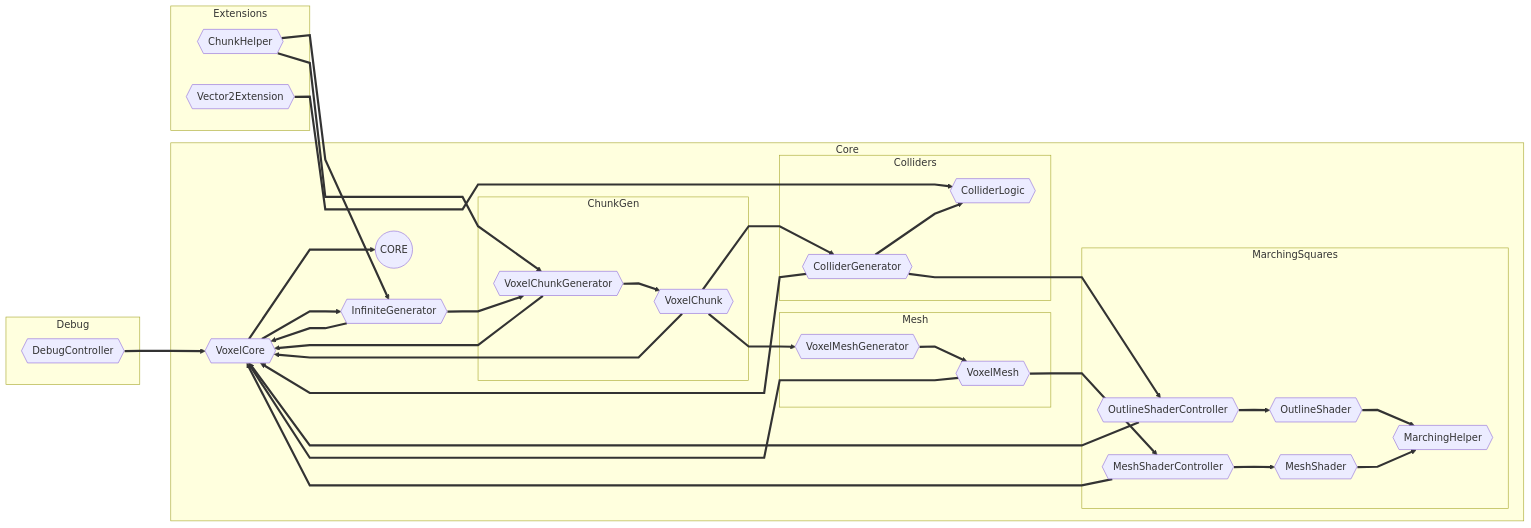
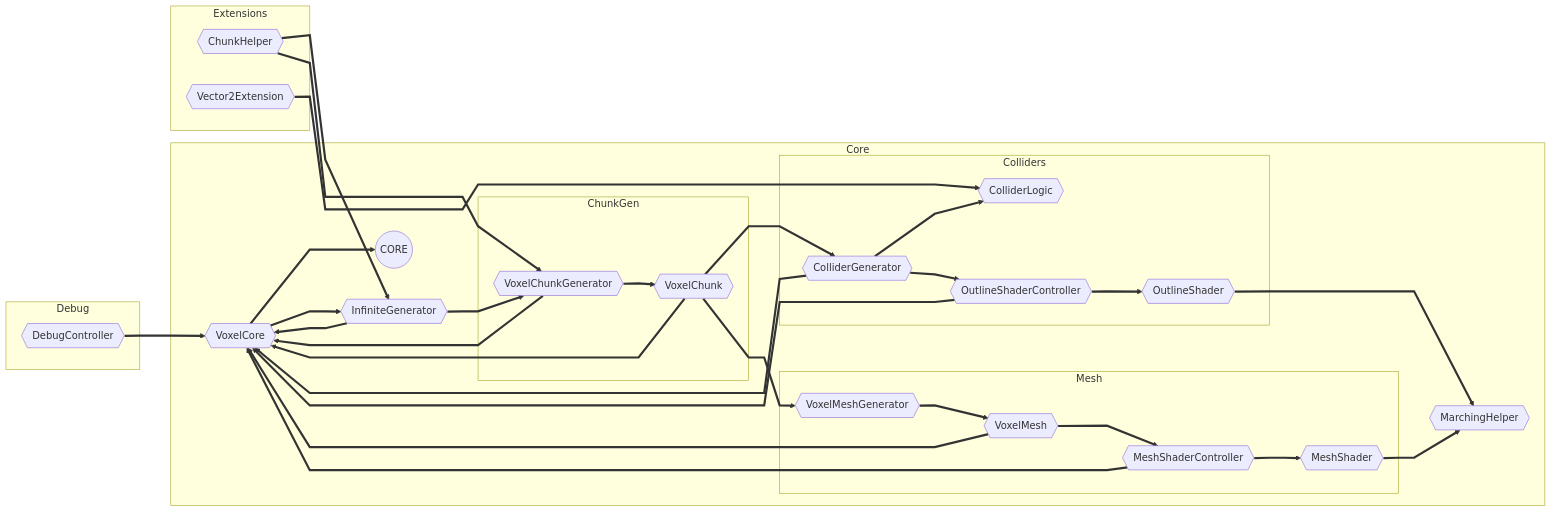
The diagram in Assets/Graphs/CORE.md (joesobo/Marching-Squares-2.0), drawn with Mermaid before and after one commit.

Commit message:
rearranged graph

```diff
--- a/Assets/Graphs/CORE.md
+++ b/Assets/Graphs/CORE.md
@@ -17,20 +17,18 @@
     subgraph Colliders
       ColliderGenerator{{ColliderGenerator}};
       ColliderLogic{{ColliderLogic}};
+      OutlineShaderController{{OutlineShaderController}};
+      OutlineShader{{OutlineShader}};
     end
 
     subgraph Mesh
       VoxelMeshGenerator{{VoxelMeshGenerator}};
       VoxelMesh{{VoxelMesh}};
+      MeshShaderController{{MeshShaderController}};
+      MeshShader{{MeshShader}};
     end
 
-    subgraph MarchingSquares
-      MeshShaderController{{MeshShaderController}};
-      MeshShader{{MeshShader}};
-      OutlineShaderController{{OutlineShaderController}};
-      OutlineShader{{OutlineShader}};
-      MarchingHelper{{MarchingHelper}};
-    end
+    MarchingHelper{{MarchingHelper}};
   end
 
   %% Debug
```
